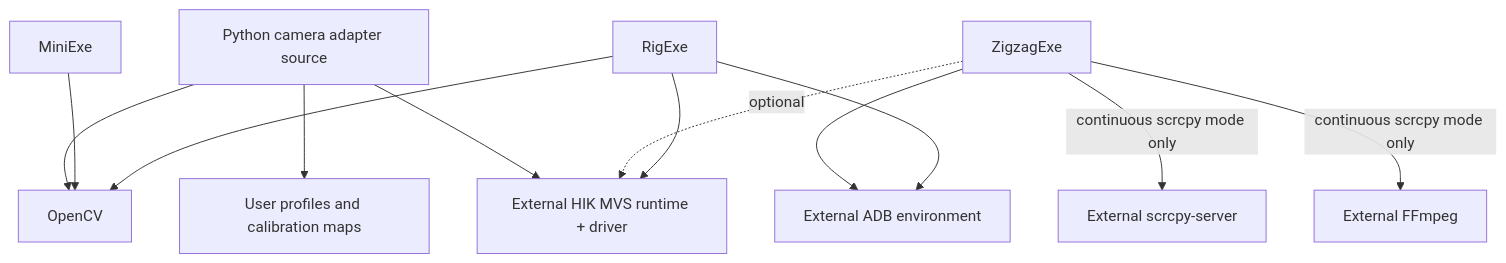
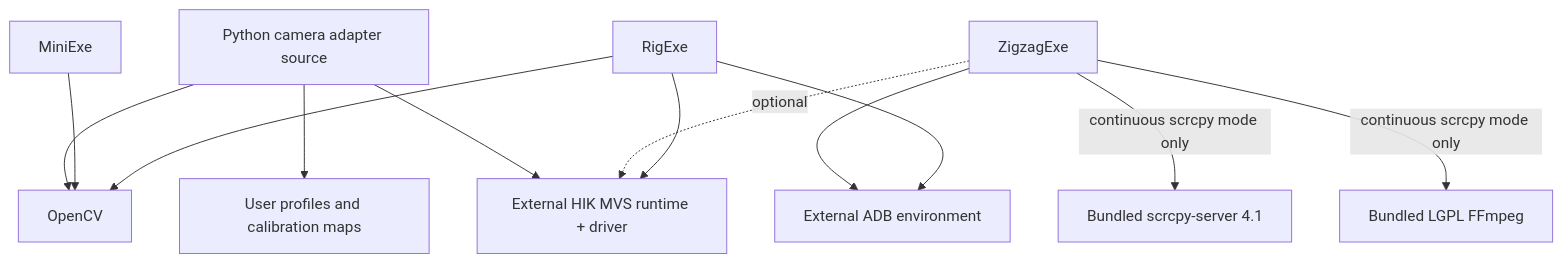
One commit to poi890poi/aria-trace changed the fourth of 4 diagrams in docs/standalone-release/ARCHITECTURE.md. Above: the diagram before and after it, drawn with Mermaid. The commit also changed 16 other files, not shown here.

````diff
--- a/docs/standalone-release/ARCHITECTURE.md
+++ b/docs/standalone-release/ARCHITECTURE.md
@@ -101,14 +101,14 @@
 ```mermaid
 flowchart TD
     RigExe --> OpenCV
     RigExe --> MVS[External HIK MVS runtime + driver]
     RigExe --> ADB[External ADB environment]
     ZigzagExe --> ADB
-    ZigzagExe -->|continuous scrcpy mode only| Scrcpy[External scrcpy-server]
-    ZigzagExe -->|continuous scrcpy mode only| FFmpeg[External FFmpeg]
+    ZigzagExe -->|continuous scrcpy mode only| Scrcpy[Bundled scrcpy-server 4.1]
+    ZigzagExe -->|continuous scrcpy mode only| FFmpeg[Bundled LGPL FFmpeg]
     ZigzagExe -. optional .-> MVS
     MiniExe --> OpenCV
     AdapterSource[Python camera adapter source] --> OpenCV
     AdapterSource --> MVS
     AdapterSource --> Profiles[User profiles and calibration maps]
 ```
````
